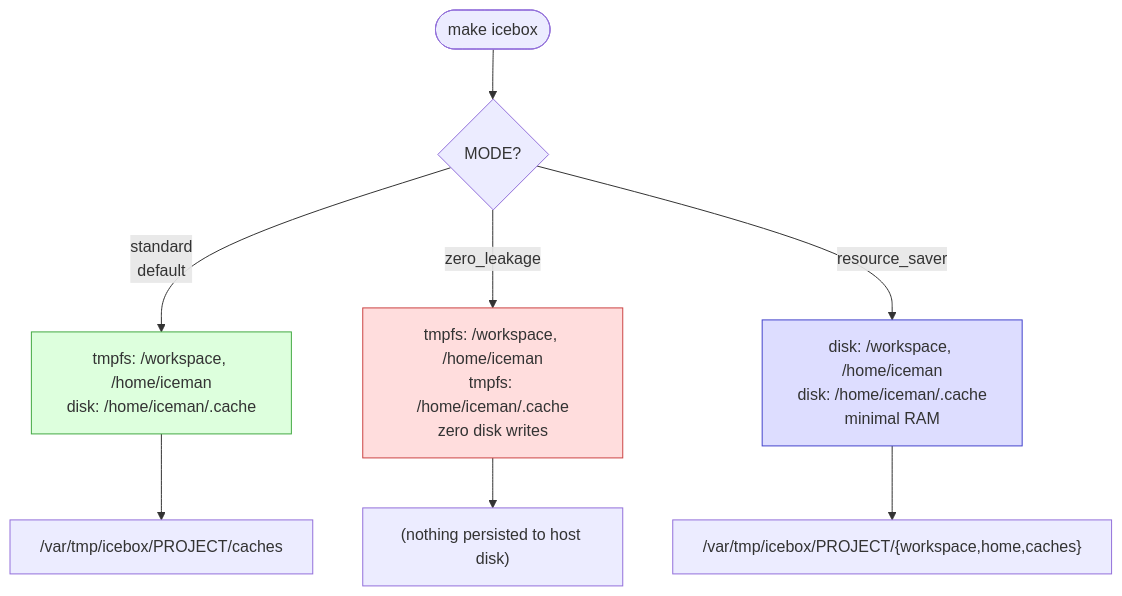
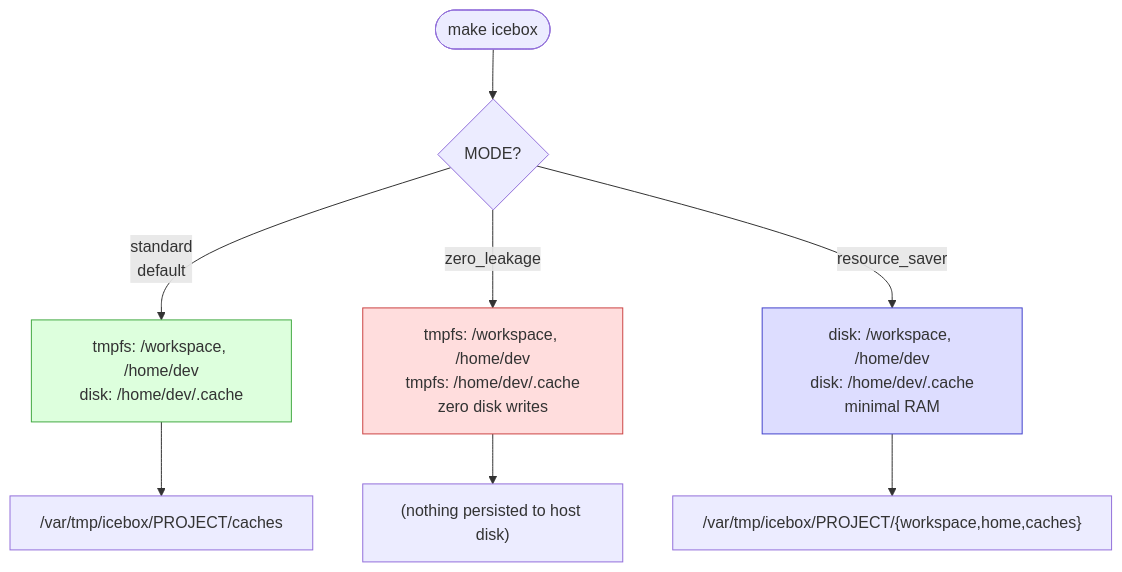
The fourth of 5 diagrams in USER_GUIDE.md (drusifer/icebox), drawn with Mermaid before and after one commit. The commit also changed other lines of this file and 1 other file, not shown here.

````diff
--- a/USER_GUIDE.md
+++ b/USER_GUIDE.md
@@ -259,16 +256,16 @@
 ```mermaid
 graph TD
     start([make icebox]) --> q{MODE?}
 
-    q -->|standard\ndefault| std["tmpfs: /workspace, /home/iceman\ndisk: /home/iceman/.cache"]
-    q -->|zero_leakage| zl["tmpfs: /workspace, /home/iceman\ntmpfs: /home/iceman/.cache\nzero disk writes"]
-    q -->|resource_saver| rs["disk: /workspace, /home/iceman\ndisk: /home/iceman/.cache\nminimal RAM"]
+    q -->|standard\ndefault| std["tmpfs: /workspace, /home/dev\ndisk: /home/dev/.cache"]
+    q -->|zero_leakage| zl["tmpfs: /workspace, /home/dev\ntmpfs: /home/dev/.cache\nzero disk writes"]
+    q -->|resource_saver| rs["disk: /workspace, /home/dev\ndisk: /home/dev/.cache\nminimal RAM"]
 
     std --> host_std["/var/tmp/icebox/PROJECT/caches"]
     rs  --> host_rs["/var/tmp/icebox/PROJECT/{workspace,home,caches}"]
     zl  --> host_zl["(nothing persisted to host disk)"]
 
     style zl fill:#fdd,stroke:#c44
     style std fill:#dfd,stroke:#4a4
     style rs  fill:#ddf,stroke:#44c
 ```
````
